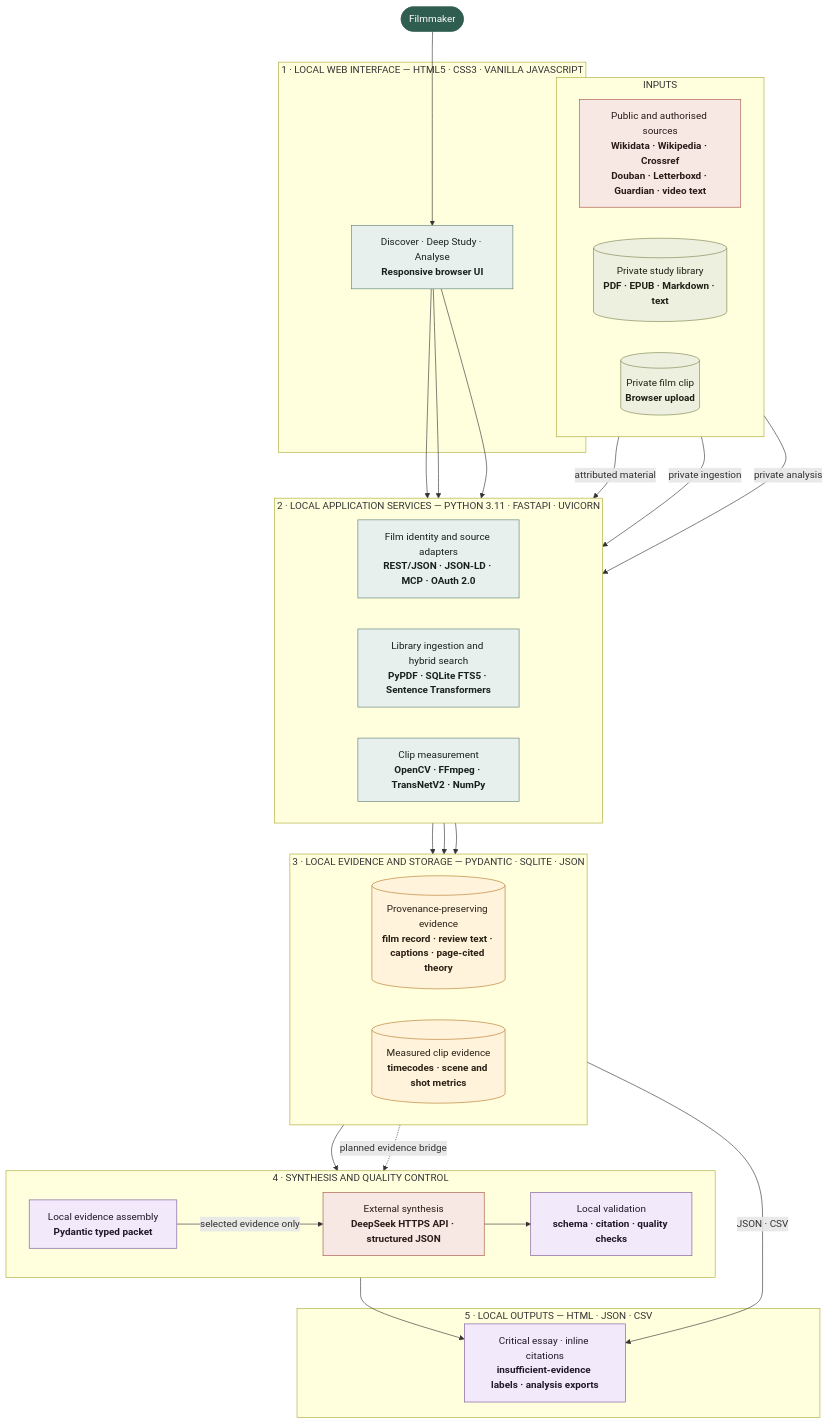
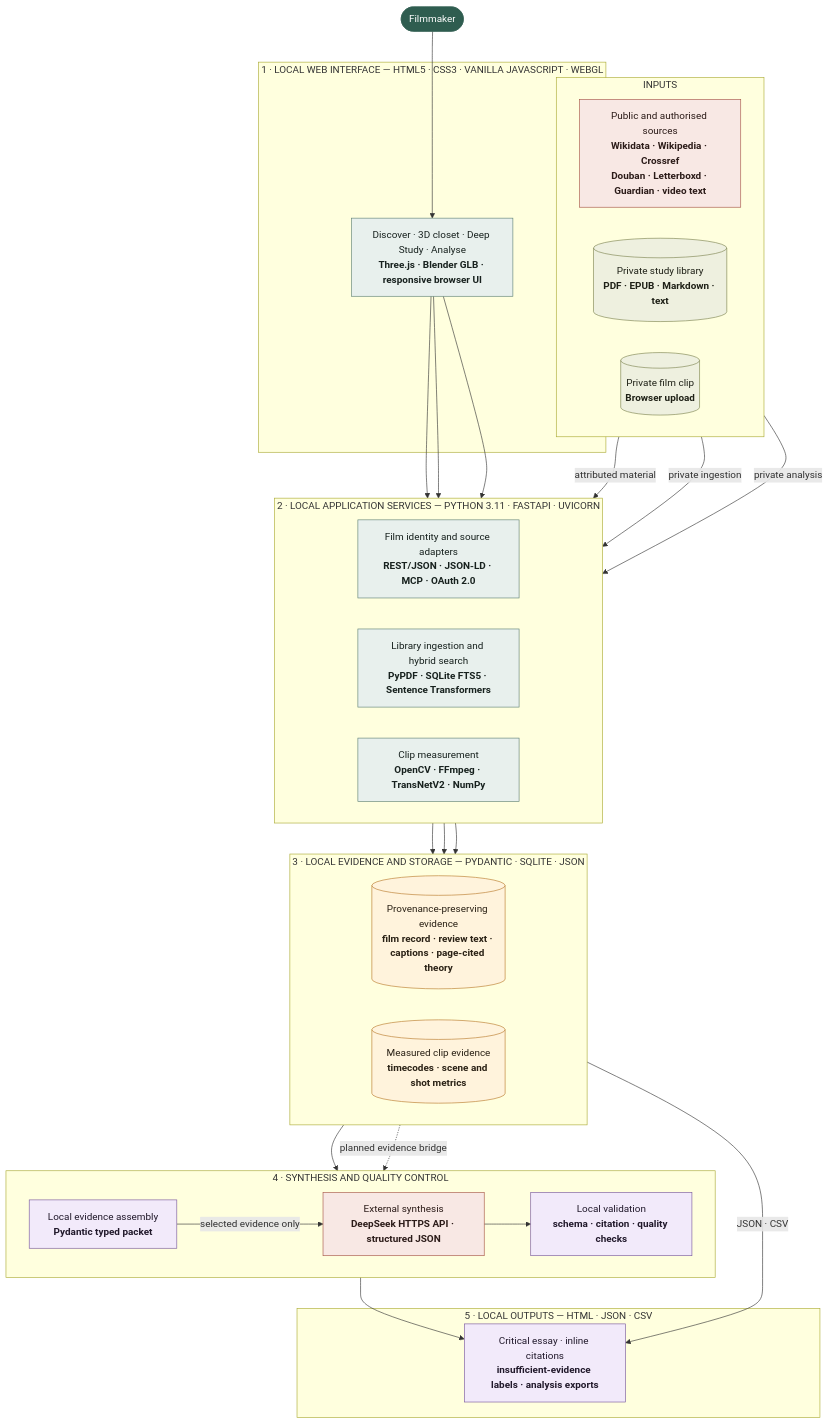
One commit to Luo-Z-Y/FirstRoll changed the diagram in readme.md. Above: the diagram before and after it, drawn with Mermaid. The commit also changed other lines of this file and 14 other files, not shown here.

Commit message:
feat: replace css closet with blender webgl scene

````diff
--- a/readme.md
+++ b/readme.md
@@ -99,71 +99,71 @@
 ```mermaid
 flowchart TB
     MAKER(["Filmmaker"])
 
-    subgraph L1["1 · LOCAL WEB INTERFACE — HTML5 · CSS3 · VANILLA JAVASCRIPT"]
-        UI["Discover · Deep Study · Analyse<br/><b>Responsive browser UI</b>"]
+    subgraph L1["1 · LOCAL WEB INTERFACE — HTML5 · CSS3 · VANILLA JAVASCRIPT · WEBGL"]
+        UI["Discover · 3D closet · Deep Study · Analyse<br/><b>Three.js · Blender GLB · responsive browser UI</b>"]
     end
 
     subgraph INPUTS["INPUTS"]
         direction LR
         RESEARCH["Public and authorised sources<br/><b>Wikidata · Wikipedia · Crossref<br/>Douban · Letterboxd · Guardian · video text</b>"]
         LIBRARY[("Private study library<br/><b>PDF · EPUB · Markdown · text</b>")]
         VIDEO[("Private film clip<br/><b>Browser upload</b>")]
     end
 
     subgraph L2["2 · LOCAL APPLICATION SERVICES — PYTHON 3.11 · FASTAPI · UVICORN"]
         direction LR
         DISCOVERY["Film identity and source adapters<br/><b>REST/JSON · JSON-LD · MCP · OAuth 2.0</b>"]
         RETRIEVAL["Library ingestion and hybrid search<br/><b>PyPDF · SQLite FTS5 · Sentence Transformers</b>"]
         ANALYSIS["Clip measurement<br/><b>OpenCV · FFmpeg · TransNetV2 · NumPy</b>"]
     end
 
     subgraph L3["3 · LOCAL EVIDENCE AND STORAGE — PYDANTIC · SQLITE · JSON"]
         direction LR
         EVIDENCE[("Provenance-preserving evidence<br/><b>film record · review text · captions · page-cited theory</b>")]
         MEASURE[("Measured clip evidence<br/><b>timecodes · scene and shot metrics</b>")]
     end
 
     subgraph L4["4 · SYNTHESIS AND QUALITY CONTROL"]
         direction LR
         PACKET["Local evidence assembly<br/><b>Pydantic typed packet</b>"]
         DEEPSEEK["External synthesis<br/><b>DeepSeek HTTPS API · structured JSON</b>"]
         GATE["Local validation<br/><b>schema · citation · quality checks</b>"]
     end
 
     subgraph L5["5 · LOCAL OUTPUTS — HTML · JSON · CSV"]
         OUTPUTS["Critical essay · inline citations<br/><b>insufficient-evidence labels · analysis exports</b>"]
     end
 
     MAKER --> UI
     UI --> DISCOVERY
     UI --> RETRIEVAL
     UI --> ANALYSIS
 
     RESEARCH -->|"attributed material"| DISCOVERY
     LIBRARY -->|"private ingestion"| RETRIEVAL
     VIDEO -->|"private analysis"| ANALYSIS
 
     DISCOVERY --> EVIDENCE
     RETRIEVAL --> EVIDENCE
     ANALYSIS --> MEASURE
     EVIDENCE --> PACKET
     PACKET -->|"selected evidence only"| DEEPSEEK
     DEEPSEEK --> GATE --> OUTPUTS
     MEASURE -->|"JSON · CSV"| OUTPUTS
     MEASURE -. "planned evidence bridge" .-> PACKET
 
     classDef person fill:#2f5d50,stroke:#2f5d50,color:#ffffff;
     classDef service fill:#e8f0ed,stroke:#5d7f74,color:#17211e;
     classDef evidence fill:#fff3dc,stroke:#b8792a,color:#2a2115;
     classDef study fill:#f2eafa,stroke:#77569a,color:#21192b;
     classDef private fill:#eef0df,stroke:#7c824f,color:#1f2117;
     classDef external fill:#f8e8e4,stroke:#a55445,color:#2b1b18;
 
     class MAKER person;
     class UI,DISCOVERY,RETRIEVAL,ANALYSIS service;
     class EVIDENCE,MEASURE evidence;
     class PACKET,GATE,OUTPUTS study;
     class LIBRARY,VIDEO private;
     class RESEARCH,DEEPSEEK external;
 ```
````
